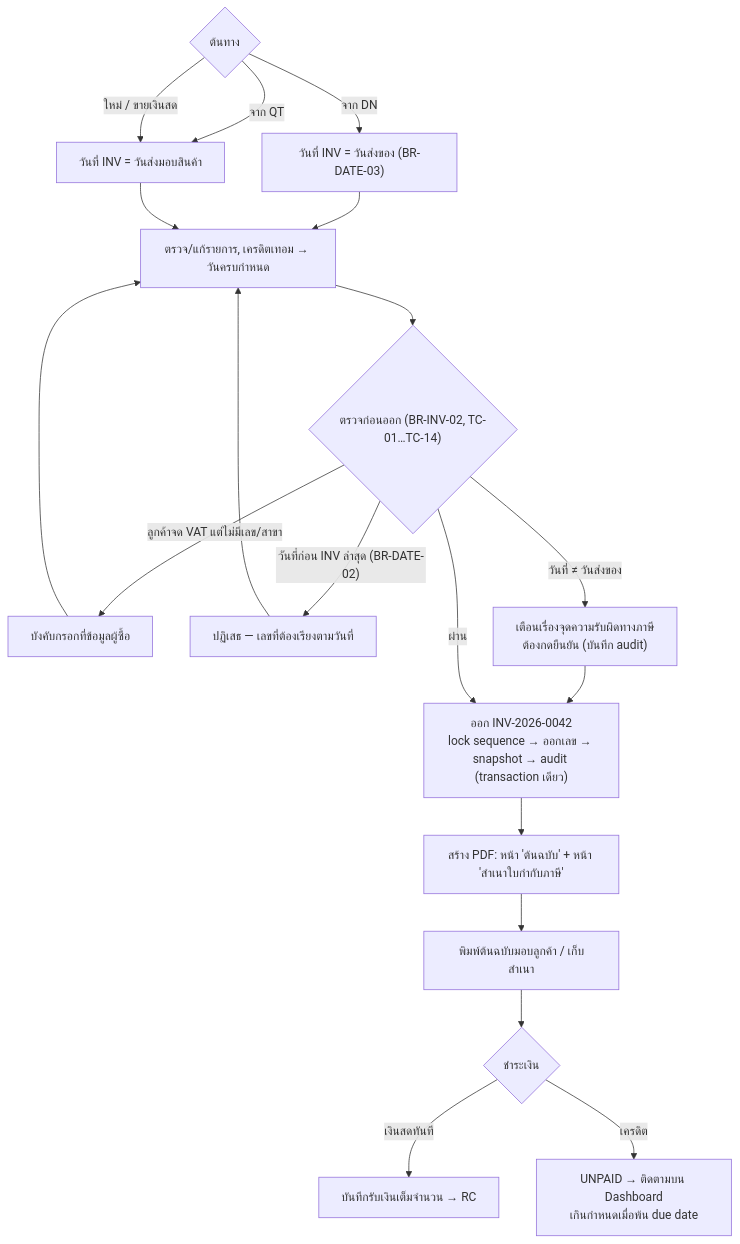
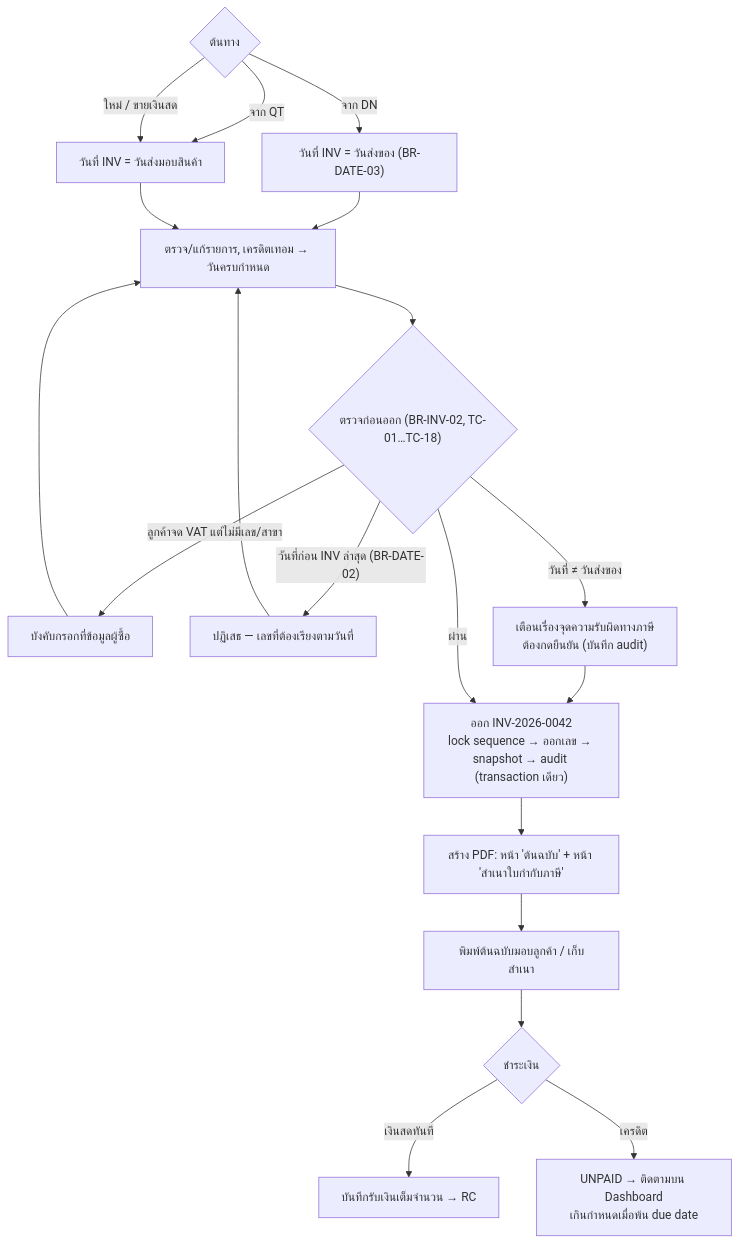
Before and after one commit to medsup-udh/medsup-web: the eighth of 13 diagrams in Documentation/BizFlow/03_WORKFLOW.md, drawn with Mermaid. The commit also changed 3 other files, not shown here.

````diff
--- a/Documentation/BizFlow/03_WORKFLOW.md
+++ b/Documentation/BizFlow/03_WORKFLOW.md
@@ -172,19 +172,19 @@
 ```mermaid
 flowchart TD
     A{"ต้นทาง"} -->|"จาก DN"| B["วันที่ INV = วันส่งของ (BR-DATE-03)"]
     A -->|"จาก QT"| C["วันที่ INV = วันส่งมอบสินค้า"]
     A -->|"ใหม่ / ขายเงินสด"| C
     B --> D["ตรวจ/แก้รายการ, เครดิตเทอม → วันครบกำหนด"]
     C --> D
-    D --> E{"ตรวจก่อนออก (BR-INV-02, TC-01…TC-14)"}
+    D --> E{"ตรวจก่อนออก (BR-INV-02, TC-01…TC-18)"}
     E -->|"ลูกค้าจด VAT แต่ไม่มีเลข/สาขา"| F["บังคับกรอกที่ข้อมูลผู้ซื้อ"] --> D
     E -->|"วันที่ก่อน INV ล่าสุด (BR-DATE-02)"| G["ปฏิเสธ — เลขที่ต้องเรียงตามวันที่"] --> D
     E -->|"วันที่ ≠ วันส่งของ"| H["เตือนเรื่องจุดความรับผิดทางภาษี<br/>ต้องกดยืนยัน (บันทึก audit)"]
     H --> I
     E -->|"ผ่าน"| I["ออก INV-2026-0042<br/>lock sequence → ออกเลข → snapshot → audit (transaction เดียว)"]
     I --> J["สร้าง PDF: หน้า 'ต้นฉบับ' + หน้า 'สำเนาใบกำกับภาษี'"]
     J --> K["พิมพ์ต้นฉบับมอบลูกค้า / เก็บสำเนา"]
     K --> L{"ชำระเงิน"}
     L -->|"เงินสดทันที"| M["บันทึกรับเงินเต็มจำนวน → RC"]
     L -->|"เครดิต"| N["UNPAID → ติดตามบน Dashboard<br/>เกินกำหนดเมื่อพ้น due date"]
 ```
````
